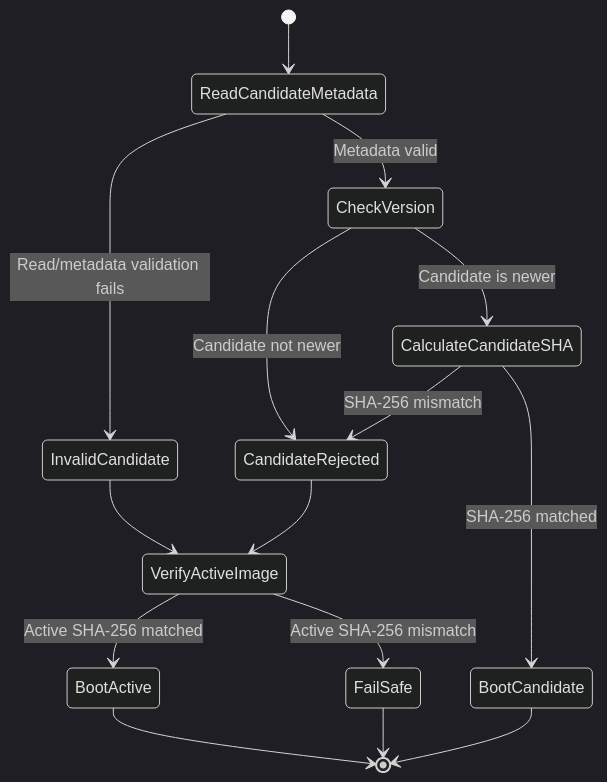
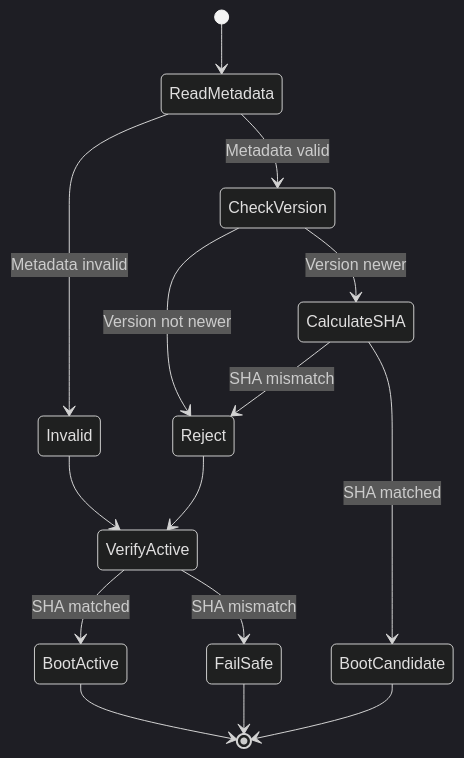
The first of 2 diagrams in README.md (Mani9766/STM32-Project-05-Secure-Boot), drawn with Mermaid (dark theme) before and after one commit. The commit also changed other lines of this file, not shown here.

First line of the commit message:
Revise candidate image validation diagrams

````diff
--- a/README.md
+++ b/README.md
@@ -57,24 +56,23 @@
 ```mermaid
 stateDiagram-v2
-    [*] --> ReadCandidateMetadata
+    [*] --> ReadMetadata
 
-    ReadCandidateMetadata --> InvalidCandidate : Read/metadata validation fails
-    ReadCandidateMetadata --> CheckVersion : Metadata valid
+    ReadMetadata --> Invalid : Metadata invalid
+    ReadMetadata --> CheckVersion : Metadata valid
 
-    CheckVersion --> CandidateRejected : Candidate not newer
-    CheckVersion --> CalculateCandidateSHA : Candidate is newer
+    CheckVersion --> Reject : Version not newer
+    CheckVersion --> CalculateSHA : Version newer
 
-    CalculateCandidateSHA --> CandidateRejected : SHA-256 mismatch
-    CalculateCandidateSHA --> BootCandidate : SHA-256 matched
+    CalculateSHA --> Reject : SHA mismatch
+    CalculateSHA --> BootCandidate : SHA matched
 
-    CandidateRejected --> VerifyActiveImage
-    InvalidCandidate --> VerifyActiveImage
+    Invalid --> VerifyActive
+    Reject --> VerifyActive
+
+    VerifyActive --> BootActive : SHA matched
+    VerifyActive --> FailSafe : SHA mismatch
 
     BootCandidate --> [*]
-
-    VerifyActiveImage --> BootActive : Active SHA-256 matched
-    VerifyActiveImage --> FailSafe : Active SHA-256 mismatch
-
     BootActive --> [*]
     FailSafe --> [*]
 ```
````
